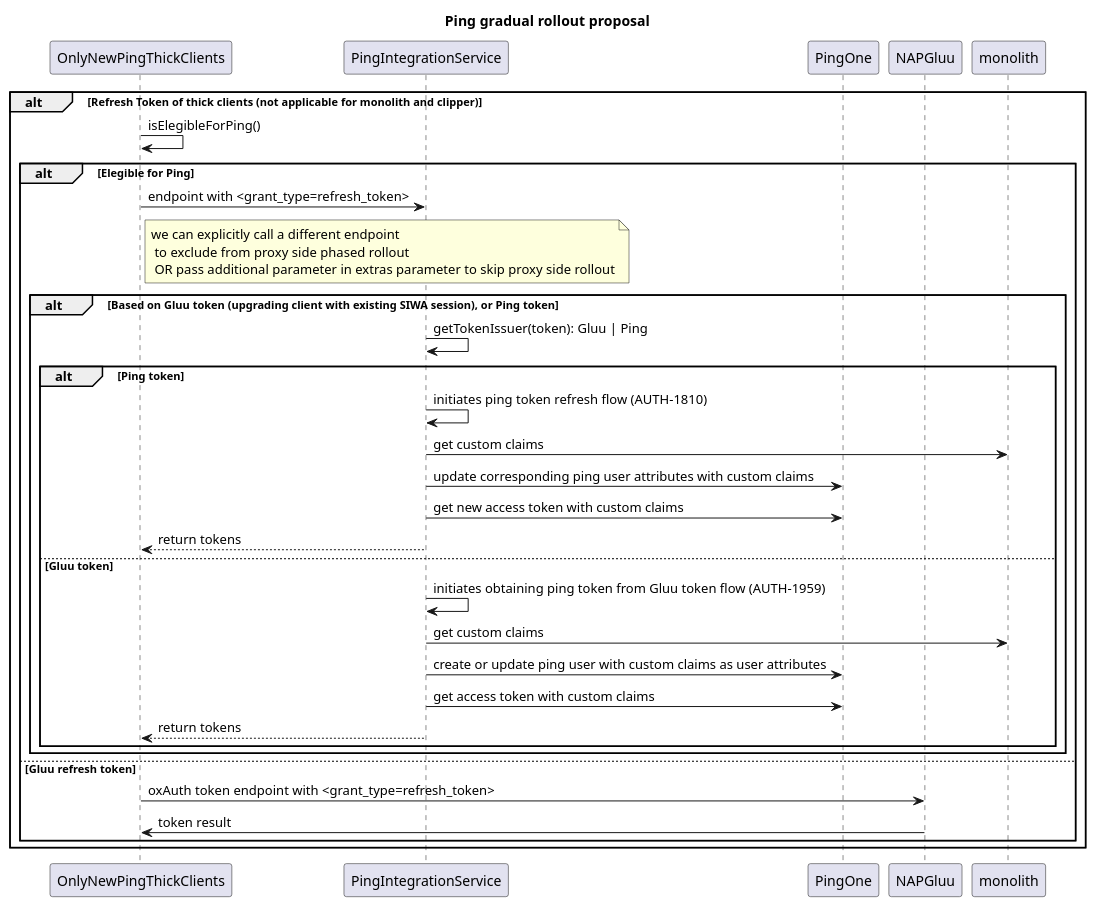
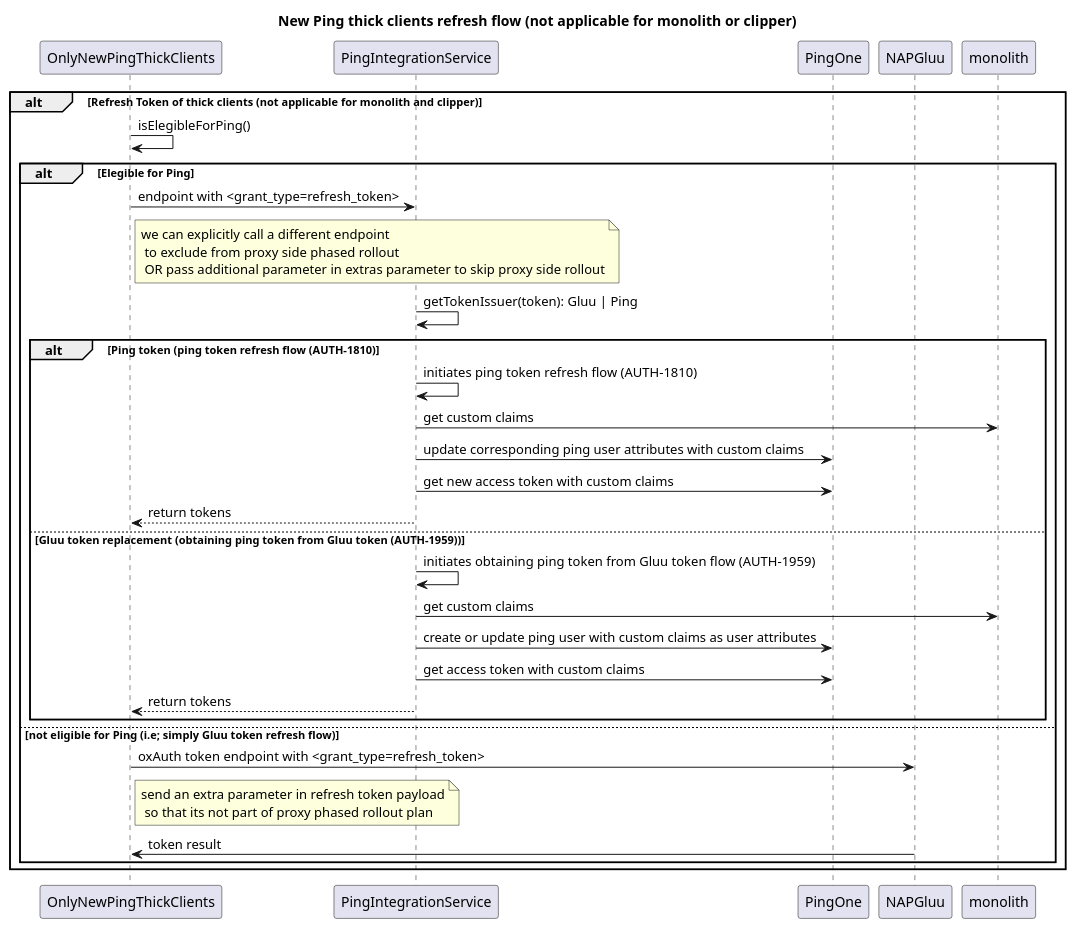
The diagram in PingNewThickClients_refreshflow.puml (naganareshp/plant-uml-samples), drawn with PlantUML before and after one commit.

Commit message:
auth-client-ids

```diff
--- a/PingNewThickClients_refreshflow.puml
+++ b/PingNewThickClients_refreshflow.puml
@@ -1,38 +1,35 @@
-@startuml Ping gradual rollout
-title Ping gradual rollout proposal
+@startuml New Ping thick clients refresh flow (not applicable for monolith or clipper)
+
+title New Ping thick clients refresh flow (not applicable for monolith or clipper)
 participant OnlyNewPingThickClients as NewPingThickClients
 participant PingIntegrationService
 participant PingOne as Ping
 participant NAPGluu as Gluu
 
 alt Refresh Token of thick clients (not applicable for monolith and clipper)
     NewPingThickClients->NewPingThickClients: isElegibleForPing()
     alt Elegible for Ping
         NewPingThickClients->PingIntegrationService: endpoint with <grant_type=refresh_token>
         note right of NewPingThickClients: we can explicitly call a different endpoint\n to exclude from proxy side phased rollout\n OR pass additional parameter in extras parameter to skip proxy side rollout
-       alt Based on Gluu token (upgrading client with existing SIWA session), or Ping token
         PingIntegrationService->PingIntegrationService: getTokenIssuer(token): Gluu | Ping
-        alt Ping token
+        alt Ping token (ping token refresh flow (AUTH-1810)
             PingIntegrationService->PingIntegrationService: initiates ping token refresh flow (AUTH-1810)
             PingIntegrationService->monolith: get custom claims
             PingIntegrationService->Ping: update corresponding ping user attributes with custom claims
             PingIntegrationService->Ping: get new access token with custom claims
             PingIntegrationService-->NewPingThickClients: return tokens
-        else Gluu token
+        else Gluu token replacement (obtaining ping token from Gluu token (AUTH-1959))
             PingIntegrationService->PingIntegrationService: initiates obtaining ping token from Gluu token flow (AUTH-1959)
             PingIntegrationService->monolith: get custom claims
             PingIntegrationService->Ping: create or update ping user with custom claims as user attributes
             PingIntegrationService->Ping: get access token with custom claims
             PingIntegrationService-->NewPingThickClients: return tokens
         end
-        End
-    else Gluu refresh token
+    else not eligible for Ping (i.e; simply Gluu token refresh flow)
         NewPingThickClients->Gluu: oxAuth token endpoint with <grant_type=refresh_token>
+        note right of NewPingThickClients: send an extra parameter in refresh token payload\n so that its not part of proxy phased rollout plan
         Gluu->NewPingThickClients: token result
     end
 end
 
-
-
-
 @enduml
```
